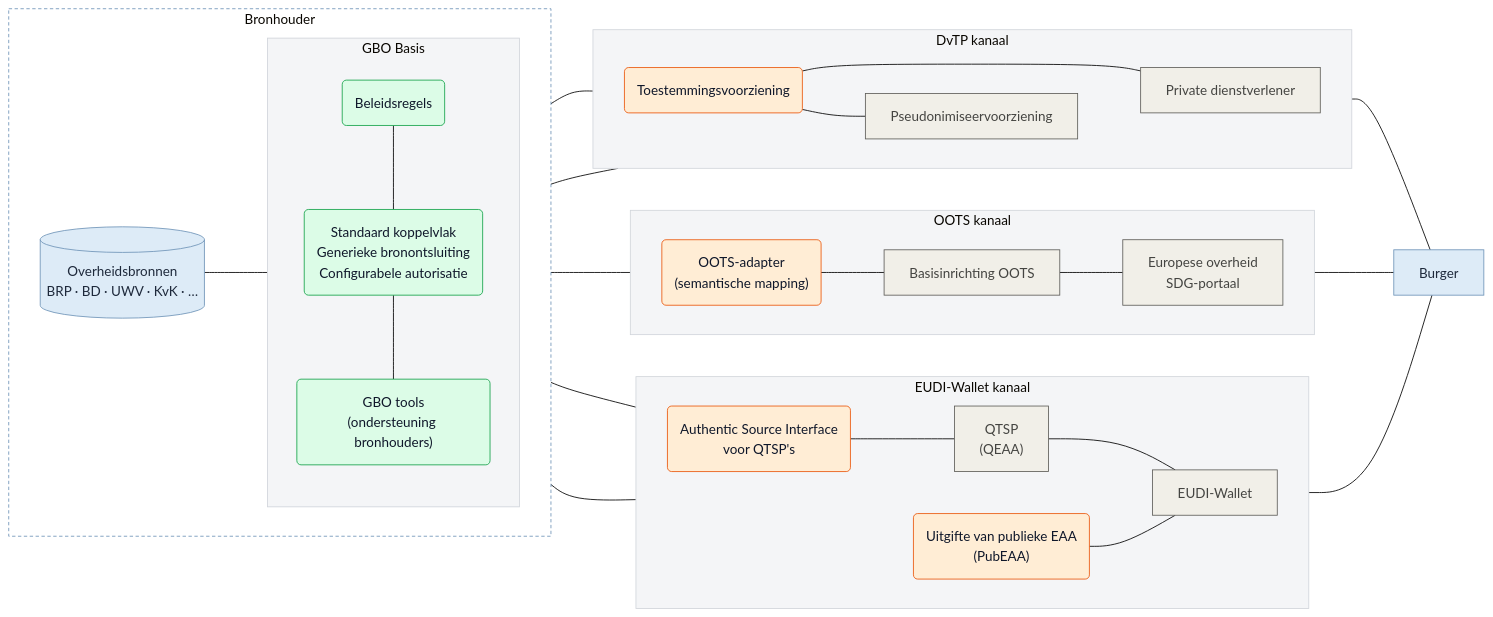
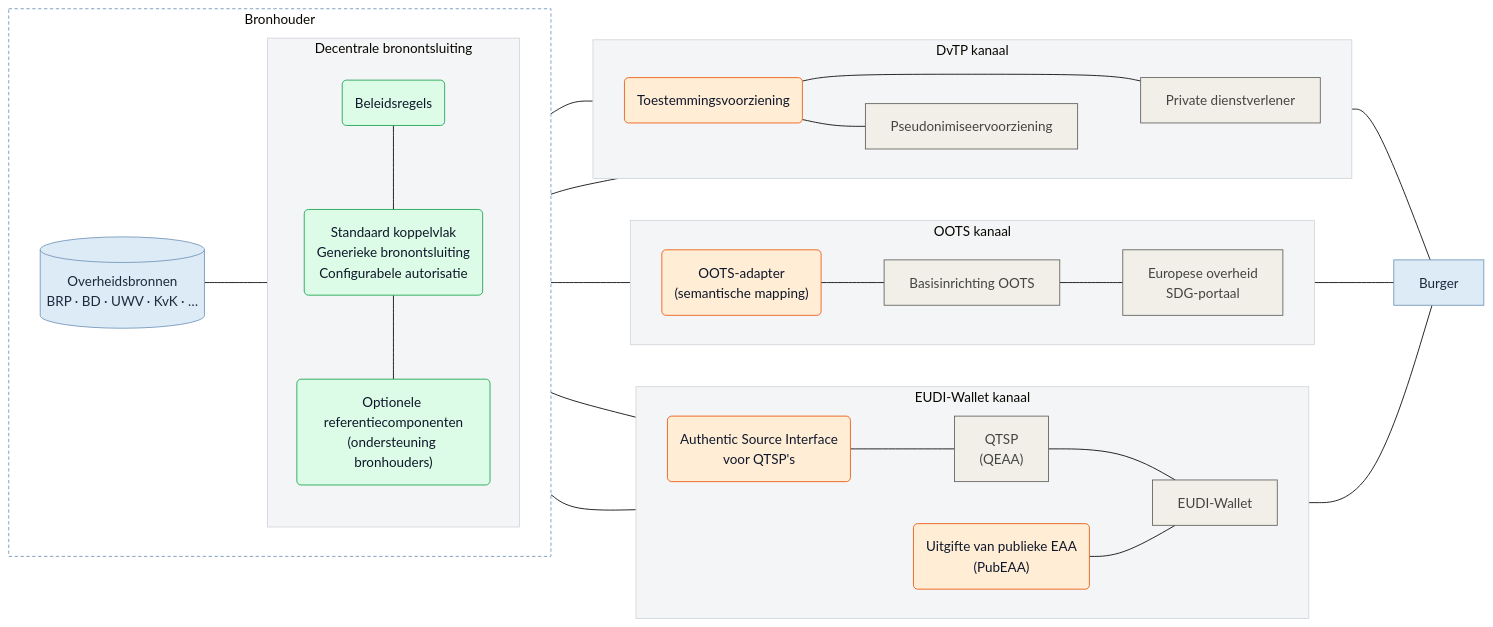
One commit to ICTU/GBO-GO changed the diagram in pr-preview/pr-59/diagrammen/gbo_swimlanes_simpel.mmd. Above: the diagram before and after it, drawn with Mermaid. The commit also changed 12 other files, not shown here.

```diff
--- a/pr-preview/pr-59/diagrammen/gbo_swimlanes_simpel.mmd
+++ b/pr-preview/pr-59/diagrammen/gbo_swimlanes_simpel.mmd
@@ -1,92 +1,92 @@
 %%{
   init: {
     'theme': 'base',
     'themeVariables': {
       'darkMode': false,
       'background': '#FFFFFF',
       'edgeLabelBackground': '#FFFFFF'
     },
     'themeCSS': 'svg, .mermaid, #mermaid-svg, .mermaid > svg { background-color: #FFFFFF !important; background: #FFFFFF !important; } @media (prefers-color-scheme: dark) { svg, .mermaid, #mermaid-svg, .mermaid > svg { background-color: #FFFFFF !important; background: #FFFFFF !important; } }'
   }
 }%%
 flowchart LR
   subgraph bronhouder["Bronhouder"]
     direction LR
         bron[("Overheidsbronnen<br/>BRP · BD · UWV · KvK · …")]
-    subgraph gbo["GBO Basis"]
+    subgraph gbo["Decentrale bronontsluiting"]
       direction TB
           fsc_pap("Beleidsregels")
           fsc("Standaard koppelvlak<br/>Generieke bronontsluiting<br/>Configurabele autorisatie")
-          fsc_tools("GBO tools<br/>(ondersteuning bronhouders)")
+          fsc_tools("Optionele referentiecomponenten<br/>(ondersteuning bronhouders)")
     end
   end
   subgraph eudi["EUDI-Wallet kanaal"]
     direction LR
         eudi_asi("Authentic Source Interface<br/>voor QTSP's")
         eudi_pubeaa("Uitgifte van publieke EAA<br/>(PubEAA)")
         eudi_qeaa["QTSP<br/>(QEAA)"]
         eudi_wallet["EUDI-Wallet"]
   end
   subgraph oots["OOTS kanaal"]
     direction LR
         oots_adapter("OOTS-adapter<br/>(semantische mapping)")
         oots_basis["Basisinrichting OOTS"]
         oots_afnemer["Europese overheid<br/>SDG-portaal"]
   end
   subgraph dvtp["DvTP kanaal"]
     direction LR
         dvtp_toestemming("Toestemmingsvoorziening")
         dvtp_pseudoniem["Pseudonimiseervoorziening"]
         dvtp_afnemer["Private dienstverlener"]
   end
 
   fsc_pap --- fsc
   fsc --- fsc_tools
   bron --- gbo
   eudi_asi --- eudi_qeaa
   eudi_qeaa --- eudi_wallet
   gbo --- eudi_asi & eudi_pubeaa & oots_adapter & dvtp_afnemer
   eudi_pubeaa --- eudi_wallet
   oots_adapter --- oots_basis
   oots_basis --- oots_afnemer
   gbo --- dvtp_toestemming
   dvtp_toestemming --- dvtp_afnemer
   dvtp_toestemming --- dvtp_pseudoniem
   dvtp_pseudoniem ~~~ dvtp_afnemer
   eudi_wallet --- burger["Burger"]
   oots_afnemer --- burger
   dvtp_afnemer --- burger
 
   fsc_pap:::gbo_d
   fsc:::gbo_d
   fsc_tools:::gbo_d
   eudi_asi:::gbo_c
   eudi_pubeaa:::gbo_c
   eudi_qeaa:::eudi
   eudi_wallet:::eudi
   oots_adapter:::gbo_c
   oots_basis:::oots
   oots_afnemer:::oots
   dvtp_toestemming:::gbo_c
   dvtp_pseudoniem:::dvtp
   dvtp_afnemer:::dvtp
   bron:::bron
   burger:::burger
 
   %% Subgraph Stijlen (vervangt het geel)
   style bronhouder fill:#FFFFFF,stroke:#6F94B8,stroke-width:1px,stroke-dasharray:4 3
   style gbo fill:#F4F5F7,stroke:#D1D5DB,stroke-width:1px
   style eudi fill:#F4F5F7,stroke:#D1D5DB,stroke-width:1px
   style oots fill:#F4F5F7,stroke:#D1D5DB,stroke-width:1px
   style dvtp fill:#F4F5F7,stroke:#D1D5DB,stroke-width:1px
 
   %% Onderscheidende Elementstijlen (zachte pasteltinten)
   classDef bron fill:#DDEBF7,stroke:#6F94B8,color:#1E293B
   classDef burger fill:#DDEBF7,stroke:#6F94B8,color:#1E293B
 
   classDef eudi fill:#f1efe8,stroke:#5f5e5a,color:#444441
   classDef oots fill:#f1efe8,stroke:#5f5e5a,color:#444441
   classDef dvtp fill:#f1efe8,stroke:#5f5e5a,color:#444441
 
   classDef gbo_d fill:#DCFCE7,stroke:#16A34A,color:#0F172A
   classDef gbo_c fill:#FFEDD5,stroke:#EA580C,color:#0F172A
```
